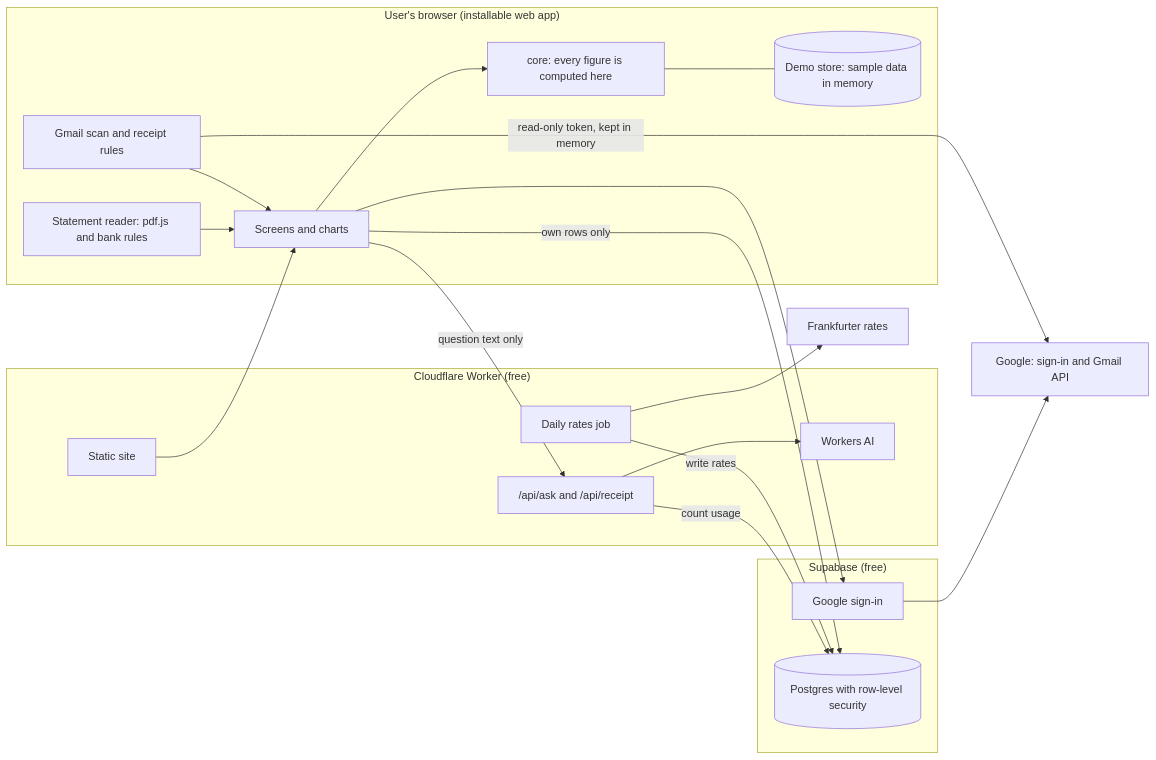
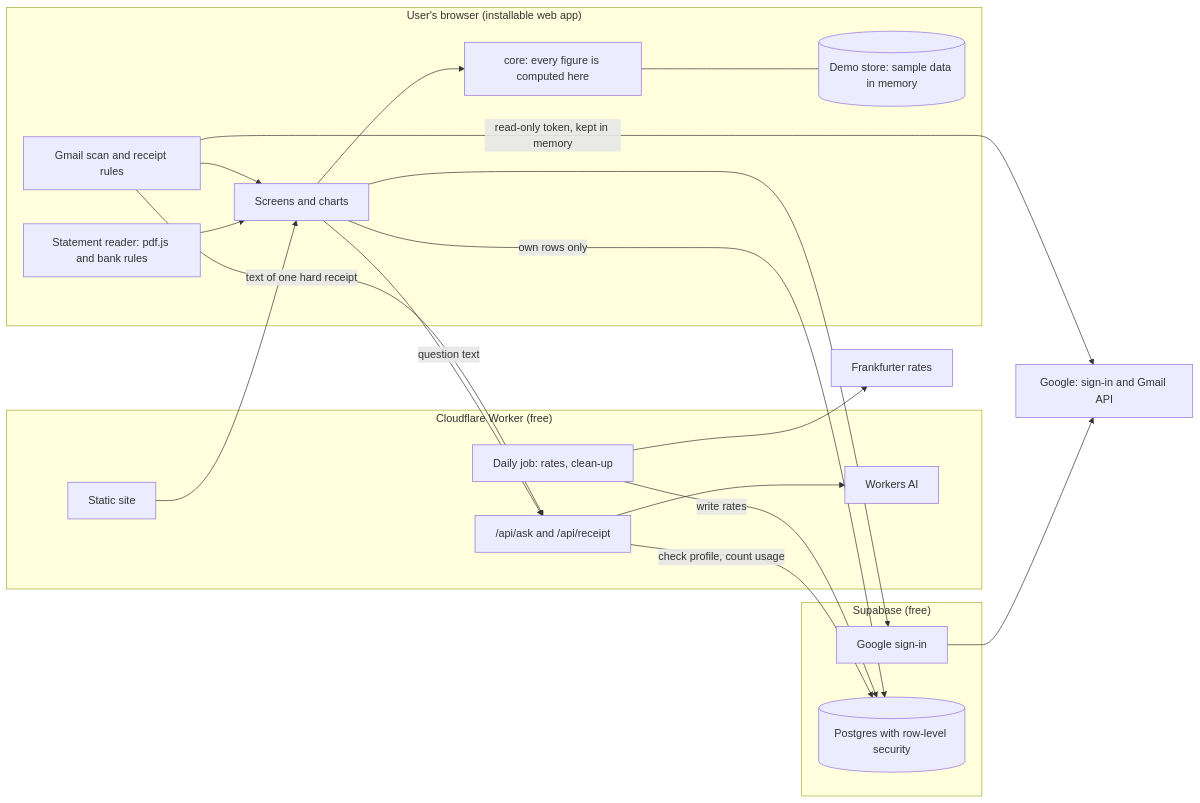
The diagram in docs/TECH_DESIGN.md (kjohn01/finance-tracker), drawn with Mermaid before and after one commit. The commit also changed other lines of this file, not shown here.

````diff
--- a/docs/TECH_DESIGN.md
+++ b/docs/TECH_DESIGN.md
@@ -49,36 +62,37 @@
 ```mermaid
 flowchart LR
   subgraph Device["User's browser (installable web app)"]
     UI[Screens and charts]
     Core[core: every figure is computed here]
     Stmt[Statement reader: pdf.js and bank rules]
     Scan[Gmail scan and receipt rules]
     Demo[(Demo store: sample data in memory)]
     UI --> Core
     Stmt --> UI
     Scan --> UI
     Core --- Demo
   end
   subgraph CF["Cloudflare Worker (free)"]
     Assets[Static site]
     API["/api/ask and /api/receipt"]
-    Cron[Daily rates job]
+    Cron[Daily job: rates, clean-up]
     AI[Workers AI]
     API --> AI
   end
   subgraph SB["Supabase (free)"]
     Auth[Google sign-in]
     DB[(Postgres with row-level security)]
   end
   Google[Google: sign-in and Gmail API]
   FX[Frankfurter rates]
   UI -- "own rows only" --> DB
   UI --> Auth
   Auth --> Google
   Scan -- "read-only token, kept in memory" --> Google
-  UI -- "question text only" --> API
-  API -- "count usage" --> DB
+  UI -- "question text" --> API
+  Scan -- "text of one hard receipt" --> API
+  API -- "check profile, count usage" --> DB
   Cron --> FX
   Cron -- "write rates" --> DB
   Assets --> UI
 ```
````
